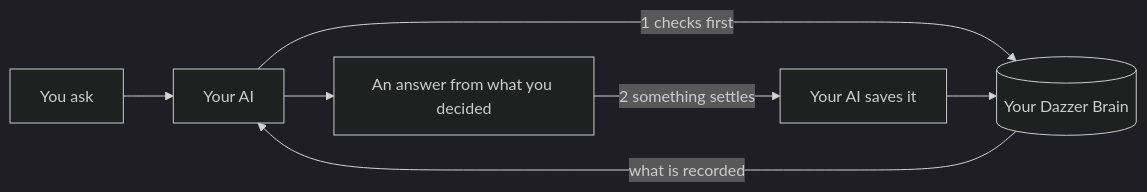
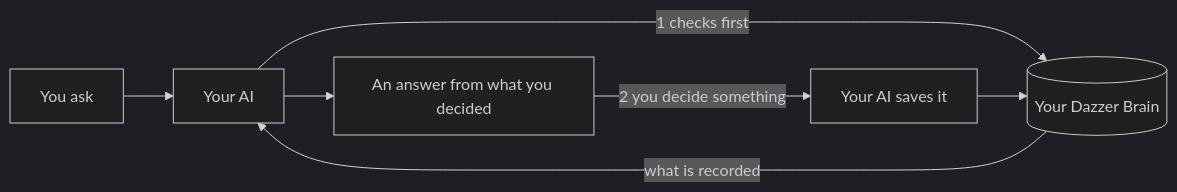
Before and after one commit to dazzer-io/dazzer-plugin: the diagram in README.md, drawn with Mermaid (dark theme). The commit also changed other lines of this file and 3 other files, not shown here.

````diff
--- a/README.md
+++ b/README.md
@@ -9,9 +13,9 @@
 ```mermaid
 flowchart LR
     Q["You ask"] --> AI["Your AI"]
     AI -->|"1 checks first"| B[("Your Dazzer Brain")]
     B -->|"what is recorded"| AI
     AI --> A["An answer from what you decided"]
-    A -->|"2 something settles"| S["Your AI saves it"]
+    A -->|"2 you decide something"| S["Your AI saves it"]
     S --> B
 ```
````
